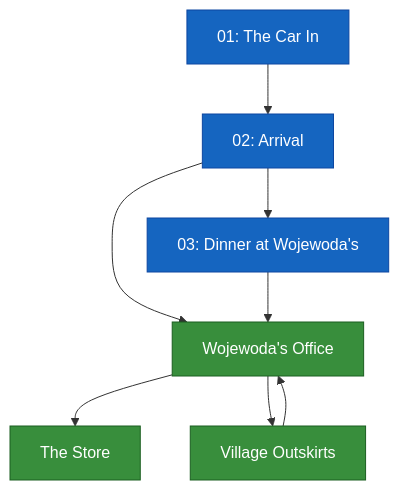
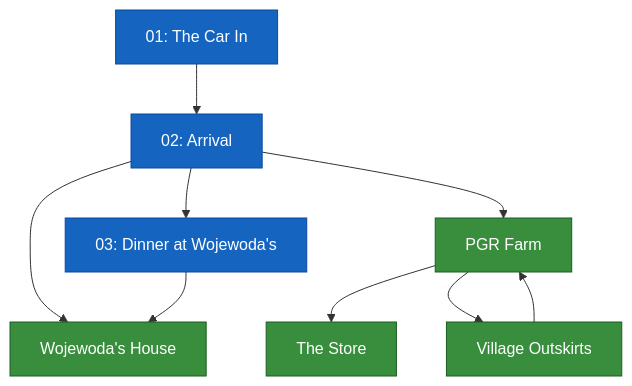
Before and after one commit to EasyL0ver/kampania: the diagram in story/scenario-graph.mmd, drawn with Mermaid. The commit also changed 13 other files, not shown here.

First line of the commit message:
Split wojewoda's office from house, add stołówka

```diff
--- a/story/scenario-graph.mmd
+++ b/story/scenario-graph.mmd
@@ -1,20 +1,21 @@
 graph TD
     %% === GENERATED FROM scenes/ FOLDER ===
 
     %% === EVENTS ===
     E01[01: The Car In] --> E02[02: Arrival]
     E02 --> E03[03: Dinner at Wojewoda's]
-    E02 --> L_OFFICE[Wojewoda's Office]
+    E02 --> L_HOUSE[Wojewoda's House]
+    E02 --> L_PGR[PGR Farm]
 
     %% === LOCATIONS ===
-    E03 --> L_OFFICE
-    L_OFFICE --> L_STORE[The Store]
-    L_OFFICE --> L_SURVEY[Village Outskirts]
-    L_SURVEY --> L_OFFICE
+    E03 --> L_HOUSE
+    L_PGR --> L_STORE[The Store]
+    L_PGR --> L_SURVEY[Village Outskirts]
+    L_SURVEY --> L_PGR
 
     %% === STYLING ===
     classDef event fill:#1565c0,color:#fff,stroke:#0d47a1
     classDef location fill:#388e3c,color:#fff,stroke:#1b5e20
 
     class E01,E02,E03 event
-    class L_OFFICE,L_STORE,L_SURVEY location
+    class L_HOUSE,L_PGR,L_STORE,L_SURVEY location
```
